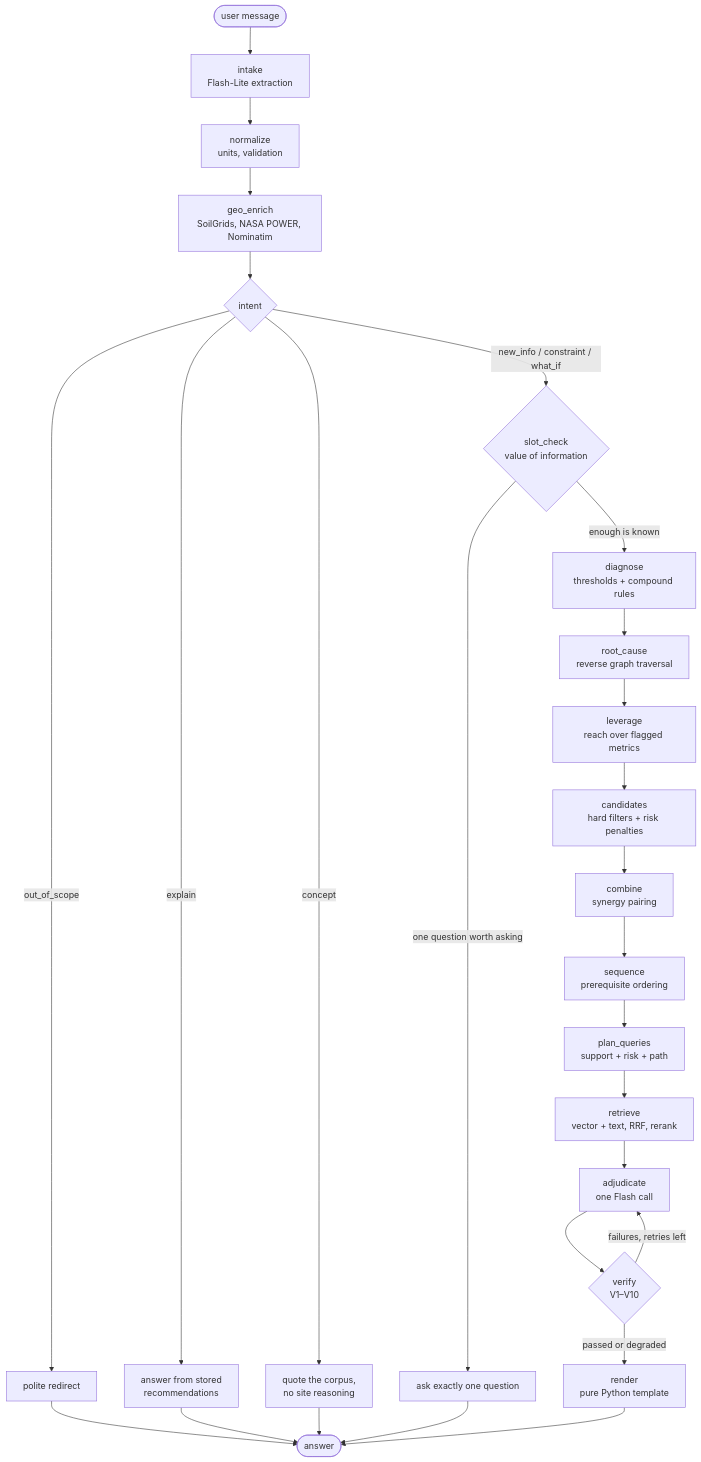
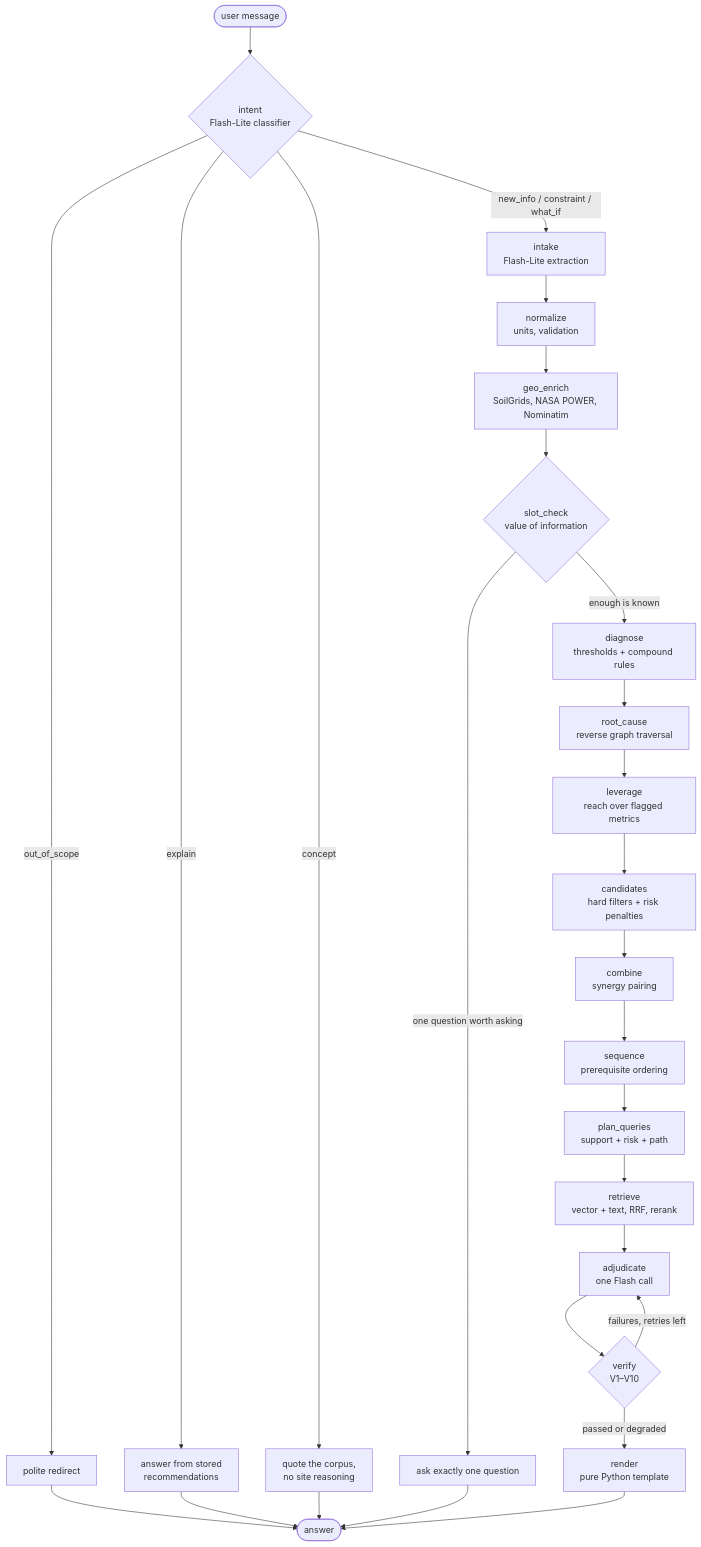
One commit to pankajkumar037/AI-Biodiversity-Intelligence-Bot changed the diagram in README.md. Above: the diagram before and after it, drawn with Mermaid. The commit also changed other lines of this file and 5 other files, not shown here.

First line of the commit message:
Classify intent before extraction, and stop stamping guesses as user facts

````diff
--- a/README.md
+++ b/README.md
@@ -15,28 +15,28 @@
 ```mermaid
 flowchart TD
-    START([user message]) --> intake[intake<br/>Flash-Lite extraction]
-    intake --> normalize[normalize<br/>units, validation]
-    normalize --> geo[geo_enrich<br/>SoilGrids, NASA POWER, Nominatim]
-    geo --> intent{intent}
+    START([user message]) --> intent{intent<br/>Flash-Lite classifier}
 
     intent -->|out_of_scope| oos[polite redirect] --> END([answer])
     intent -->|explain| explain[answer from stored<br/>recommendations] --> END
     intent -->|concept| concept[quote the corpus,<br/>no site reasoning] --> END
-    intent -->|new_info / constraint / what_if| slot{slot_check<br/>value of information}
+    intent -->|new_info / constraint / what_if| intake[intake<br/>Flash-Lite extraction]
+    intake --> normalize[normalize<br/>units, validation]
+    normalize --> geo[geo_enrich<br/>SoilGrids, NASA POWER, Nominatim]
+    geo --> slot{slot_check<br/>value of information}
 
     slot -->|one question worth asking| ask[ask exactly one question] --> END
     slot -->|enough is known| diagnose[diagnose<br/>thresholds + compound rules]
 
     diagnose --> root[root_cause<br/>reverse graph traversal]
     root --> lev[leverage<br/>reach over flagged metrics]
     lev --> cand[candidates<br/>hard filters + risk penalties]
     cand --> comb[combine<br/>synergy pairing]
     comb --> seq[sequence<br/>prerequisite ordering]
     seq --> plan[plan_queries<br/>support + risk + path]
     plan --> ret[retrieve<br/>vector + text, RRF, rerank]
     ret --> adj[adjudicate<br/>one Flash call]
     adj --> ver{verify<br/>V1–V10}
     ver -->|failures, retries left| adj
     ver -->|passed or degraded| render[render<br/>pure Python template]
     render --> END
 ```
````
